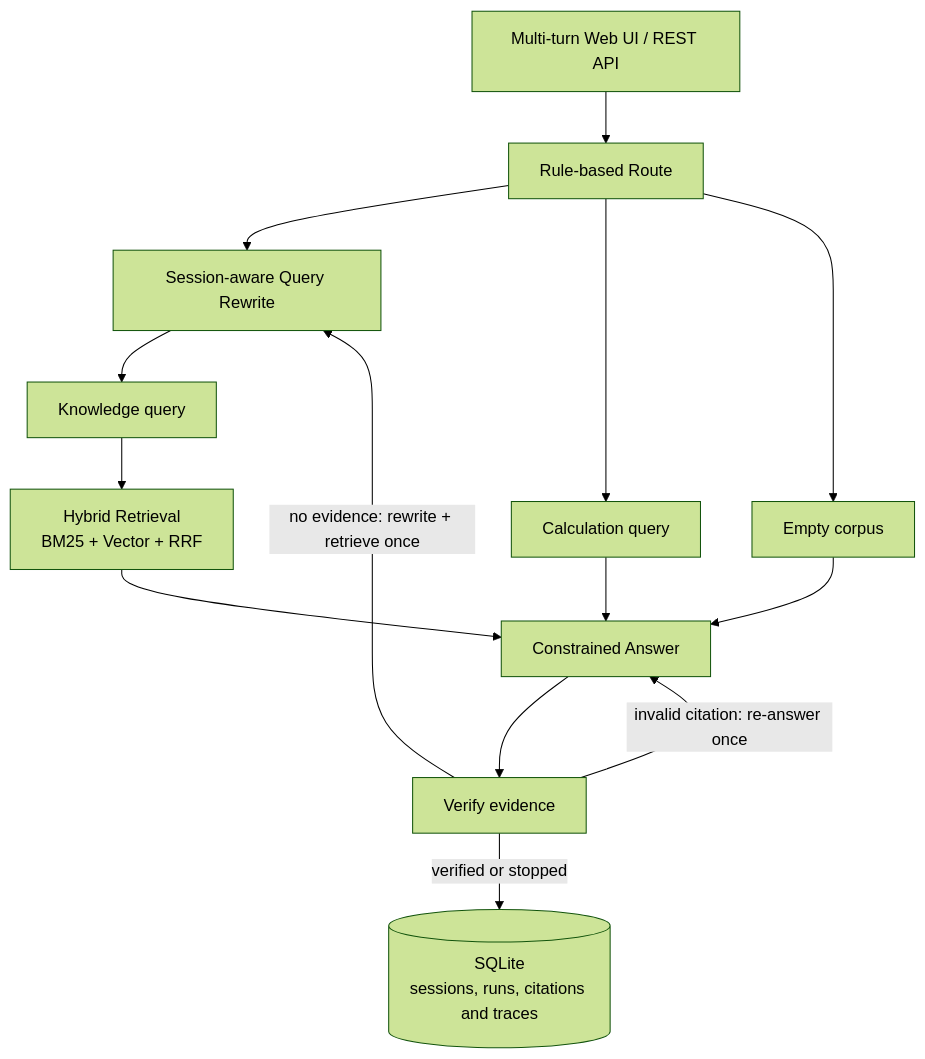
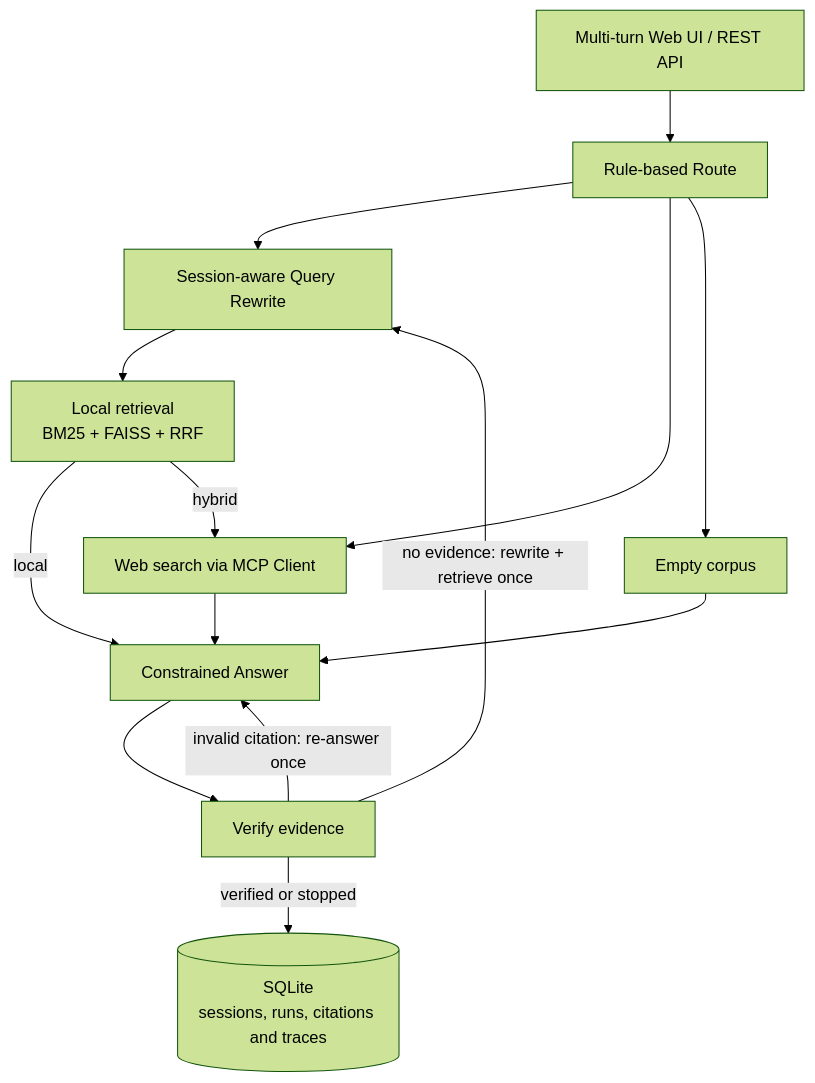
One commit to francis3253161180-maker/researchflow-agent changed the diagram in README.md. Above: the diagram before and after it, drawn with Mermaid (forest theme). The commit also changed other lines of this file and 27 other files, not shown here.

Commit message:
feat: add faiss retrieval and mcp web search

````diff
--- a/README.md
+++ b/README.md
@@ -48,16 +49,16 @@
 ```mermaid
 flowchart TD
     UI[Multi-turn Web UI / REST API] --> ROUTE[Rule-based Route]
     ROUTE --> REWRITE[Session-aware Query Rewrite]
-    REWRITE --> RAG[Knowledge query]
-    ROUTE --> TOOL[Calculation query]
+    ROUTE --> WEB[Web search via MCP Client]
     ROUTE --> DIRECT[Empty corpus]
-    RAG --> RETRIEVE[Hybrid Retrieval<br/>BM25 + Vector + RRF]
-    RETRIEVE --> ANSWER[Constrained Answer]
-    TOOL --> ANSWER
+    REWRITE --> RETRIEVE[Local retrieval<br/>BM25 + FAISS + RRF]
+    RETRIEVE -->|local| ANSWER[Constrained Answer]
+    RETRIEVE -->|hybrid| WEB
+    WEB --> ANSWER
     DIRECT --> ANSWER
     ANSWER --> VERIFY[Verify evidence]
     VERIFY -->|verified or stopped| PERSIST[(SQLite<br/>sessions, runs, citations and traces)]
     VERIFY -->|no evidence: rewrite + retrieve once| REWRITE
     VERIFY -->|invalid citation: re-answer once| ANSWER
 ```
````
